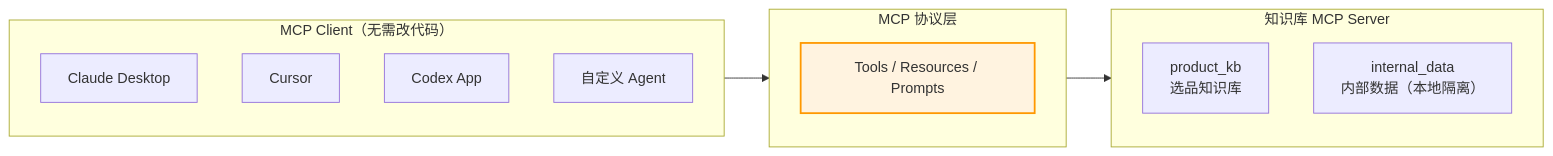
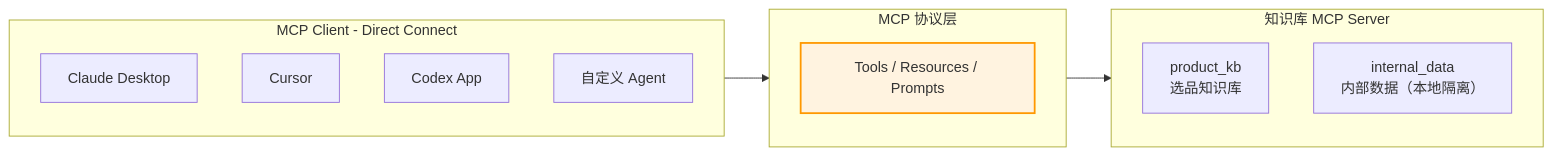
One commit to zjgulai/Kb2Agent changed the second of 2 diagrams in docs/knowledge/04-architecture.md. Above: the diagram before and after it, drawn with Mermaid. The commit also changed other lines of this file and 17 other files, not shown here.

````diff
--- a/docs/knowledge/04-architecture.md
+++ b/docs/knowledge/04-architecture.md
@@ -546,23 +546,23 @@
 ```mermaid
 flowchart LR
-    subgraph Clients["MCP Client（无需改代码）"]
+    subgraph Clients["MCP Client - Direct Connect"]
         C1[Claude Desktop]
         C2[Cursor]
         C3[Codex App]
         C4[自定义 Agent]
     end
 
     subgraph Protocol["MCP 协议层"]
         P1["Tools / Resources / Prompts"]
     end
 
     subgraph Servers["知识库 MCP Server"]
         S1["product_kb\n选品知识库"]
         S2["internal_data\n内部数据（本地隔离）"]
     end
 
     Clients --> Protocol --> Servers
 
     classDef protocol fill:#fff3e0,stroke:#ff9800,stroke-width:2px;
     class P1 protocol;
 ```
````
